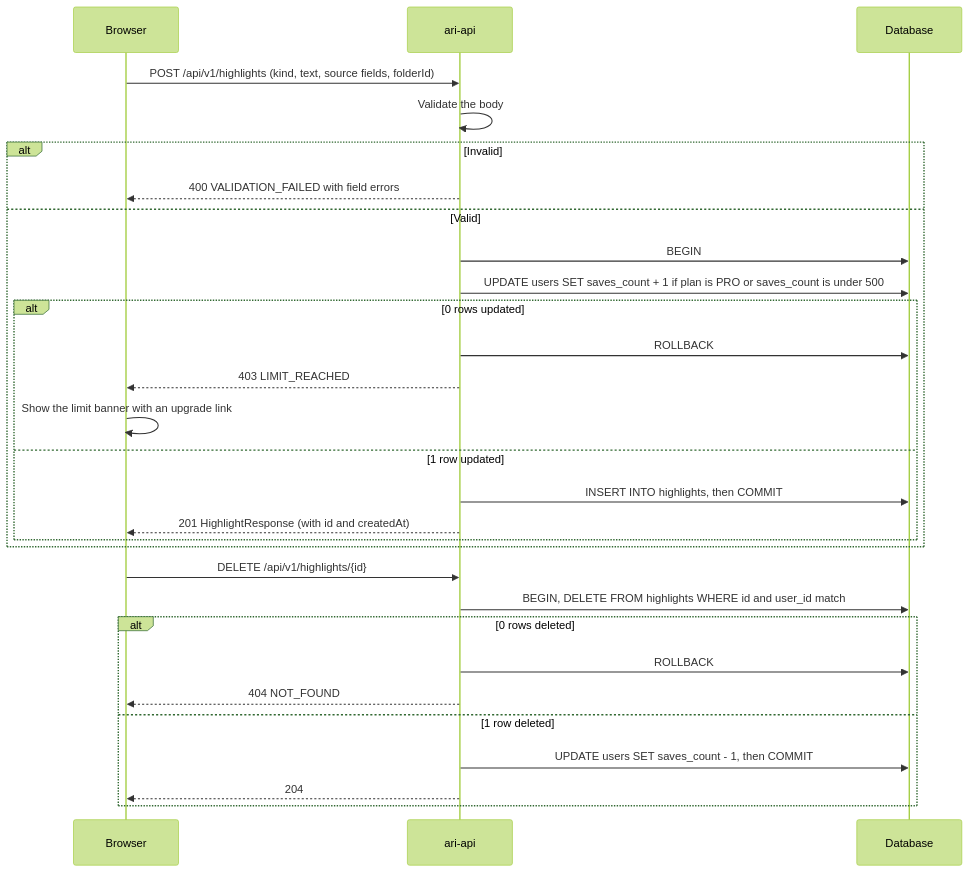
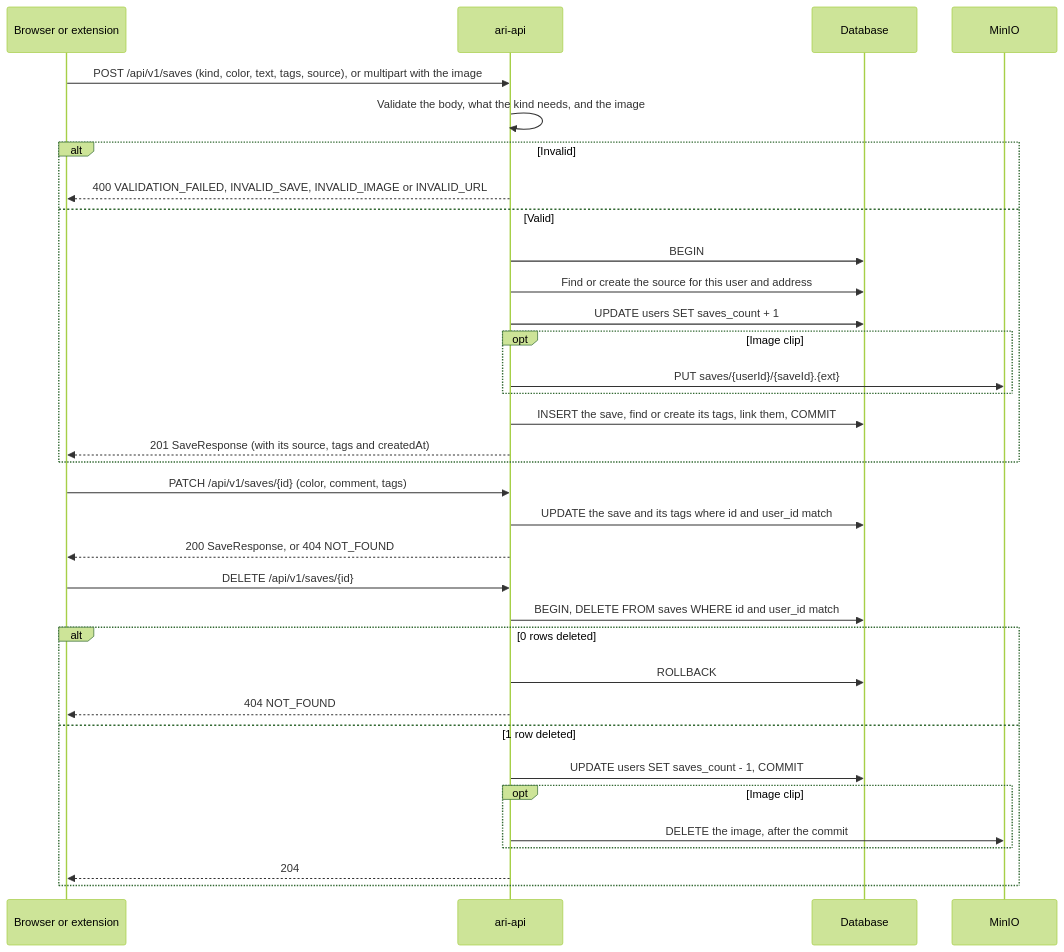
The fourth of 9 diagrams in docs/sequences.md (salimsalimzade/ari-api), drawn with Mermaid (forest theme) before and after one commit. The commit also changed other lines of this file and 181 other files, not shown here.

````diff
--- a/docs/sequences.md
+++ b/docs/sequences.md
@@ -103,31 +135,36 @@
 ```mermaid
 sequenceDiagram
-  participant B as Browser
+  participant B as Browser or extension
   participant A as ari-api
   participant D as Database
-  B->>A: POST /api/v1/highlights (kind, text, source fields, folderId)
-  A->>A: Validate the body
+  participant S as MinIO
+  B->>A: POST /api/v1/saves (kind, color, text, tags, source), or multipart with the image
+  A->>A: Validate the body, what the kind needs, and the image
   alt Invalid
-    A-->>B: 400 VALIDATION_FAILED with field errors
+    A-->>B: 400 VALIDATION_FAILED, INVALID_SAVE, INVALID_IMAGE or INVALID_URL
   else Valid
     A->>D: BEGIN
-    A->>D: UPDATE users SET saves_count + 1 if plan is PRO or saves_count is under 500
-    alt 0 rows updated
-      A->>D: ROLLBACK
-      A-->>B: 403 LIMIT_REACHED
-      B->>B: Show the limit banner with an upgrade link
-    else 1 row updated
-      A->>D: INSERT INTO highlights, then COMMIT
-      A-->>B: 201 HighlightResponse (with id and createdAt)
+    A->>D: Find or create the source for this user and address
+    A->>D: UPDATE users SET saves_count + 1
+    opt Image clip
+      A->>S: PUT saves/{userId}/{saveId}.{ext}
     end
+    A->>D: INSERT the save, find or create its tags, link them, COMMIT
+    A-->>B: 201 SaveResponse (with its source, tags and createdAt)
   end
-  B->>A: DELETE /api/v1/highlights/{id}
-  A->>D: BEGIN, DELETE FROM highlights WHERE id and user_id match
+  B->>A: PATCH /api/v1/saves/{id} (color, comment, tags)
+  A->>D: UPDATE the save and its tags where id and user_id match
+  A-->>B: 200 SaveResponse, or 404 NOT_FOUND
+  B->>A: DELETE /api/v1/saves/{id}
+  A->>D: BEGIN, DELETE FROM saves WHERE id and user_id match
   alt 0 rows deleted
     A->>D: ROLLBACK
     A-->>B: 404 NOT_FOUND
   else 1 row deleted
-    A->>D: UPDATE users SET saves_count - 1, then COMMIT
+    A->>D: UPDATE users SET saves_count - 1, COMMIT
+    opt Image clip
+      A->>S: DELETE the image, after the commit
+    end
     A-->>B: 204
   end
 ```
````
